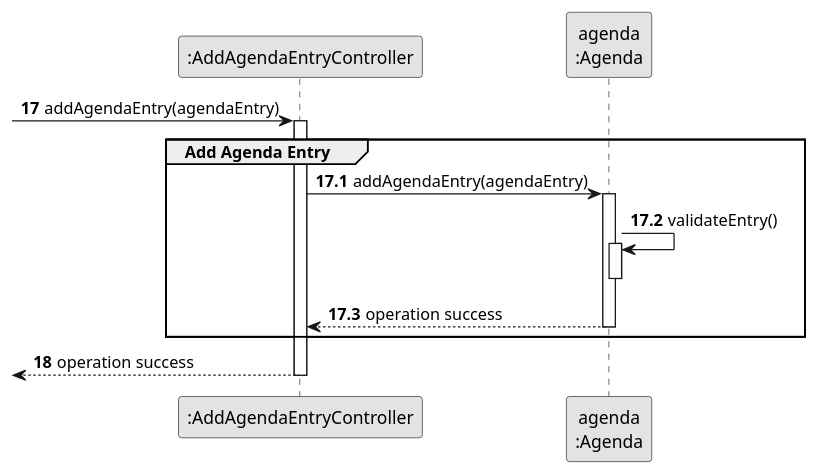
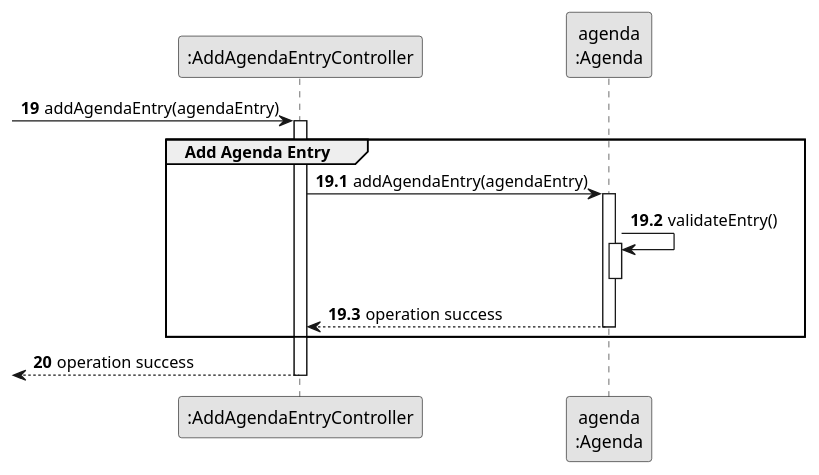
The diagram in docs/sprintC/us022/03.design/puml/us022-sequence-diagram-partial-add-agenda-entry.puml (diogoveirospro/lei-24-s2-1dg-g072), drawn with PlantUML before and after one commit. The commit also changed 17 other files, not shown here.

```diff
--- a/docs/sprintC/us022/03.design/puml/us022-sequence-diagram-partial-add-agenda-entry.puml
+++ b/docs/sprintC/us022/03.design/puml/us022-sequence-diagram-partial-add-agenda-entry.puml
@@ -1,35 +1,35 @@
 @startuml
 skinparam monochrome true
 skinparam packageStyle rectangle
 skinparam shadowing false
 
 participant ":AddAgendaEntryController" as CTRL
 participant "agenda\n:Agenda" as AGENDA
 
-autonumber 17
+autonumber 19
 -> CTRL: addAgendaEntry(agendaEntry)
 
-autonumber 17.1
+autonumber 19.1
 activate CTRL
     group Add Agenda Entry
 
             CTRL -> AGENDA : addAgendaEntry(agendaEntry)
             activate AGENDA
 
             AGENDA -> AGENDA : validateEntry()
             activate AGENDA
 
             deactivate AGENDA
 
             AGENDA --> CTRL : operation success
             deactivate AGENDA
 
 
     end
 
-    autonumber 18
+    autonumber 20
     <-- CTRL : operation success
 deactivate CTRL
 
 
 @enduml
```
